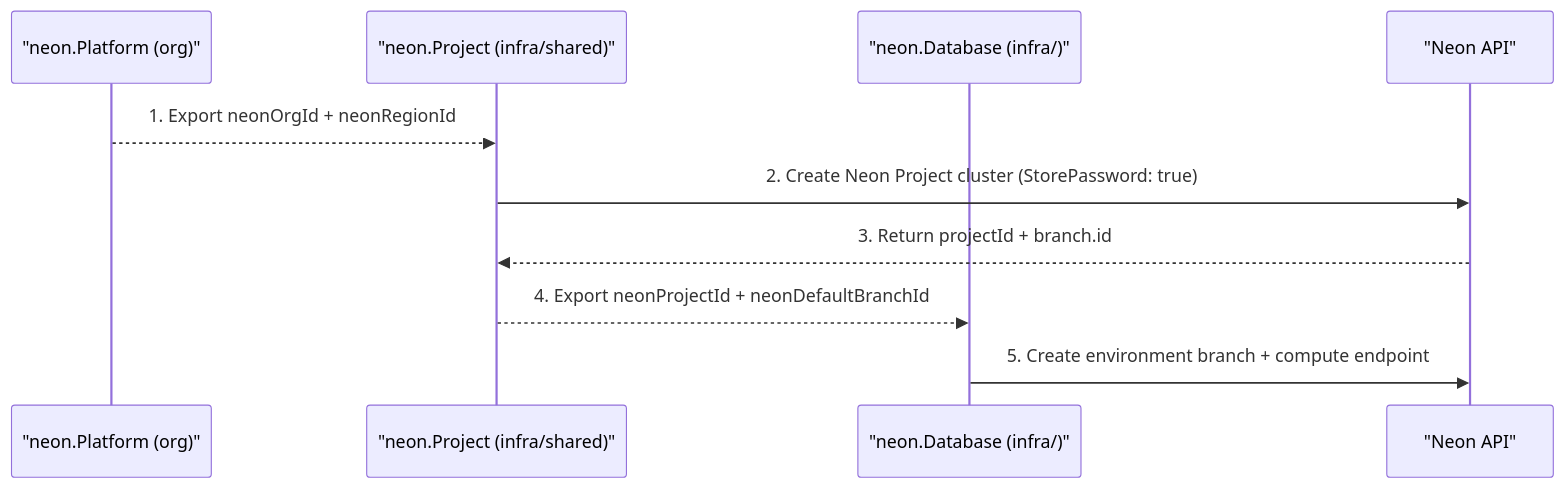
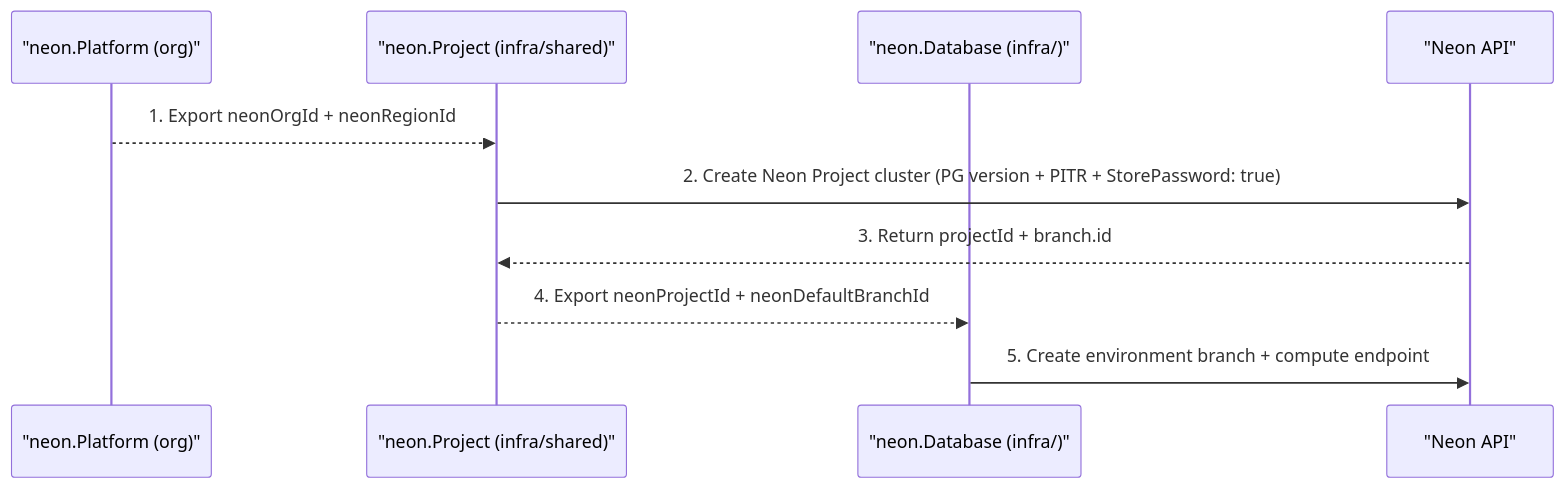
Before and after one commit to cloudvoyant/openbase: the second of 2 diagrams in docs/architecture/providers/neon/index.md, drawn with Mermaid. The commit also changed other lines of this file and 124 other files, not shown here.

````diff
--- a/docs/architecture/providers/neon/index.md
+++ b/docs/architecture/providers/neon/index.md
@@ -49,13 +49,13 @@
 ```mermaid
 sequenceDiagram
     participant Plat as "neon.Platform (org)"
     participant Proj as "neon.Project (infra/shared)"
     participant DB as "neon.Database (infra/)"
     participant Neon as "Neon API"
 
     Plat-->>Proj: 1. Export neonOrgId + neonRegionId
-    Proj->>Neon: 2. Create Neon Project cluster (StorePassword: true)
+    Proj->>Neon: 2. Create Neon Project cluster (PG version + PITR + StorePassword: true)
     Neon-->>Proj: 3. Return projectId + branch.id
     Proj-->>DB: 4. Export neonProjectId + neonDefaultBranchId
     DB->>Neon: 5. Create environment branch + compute endpoint
 ```
````
